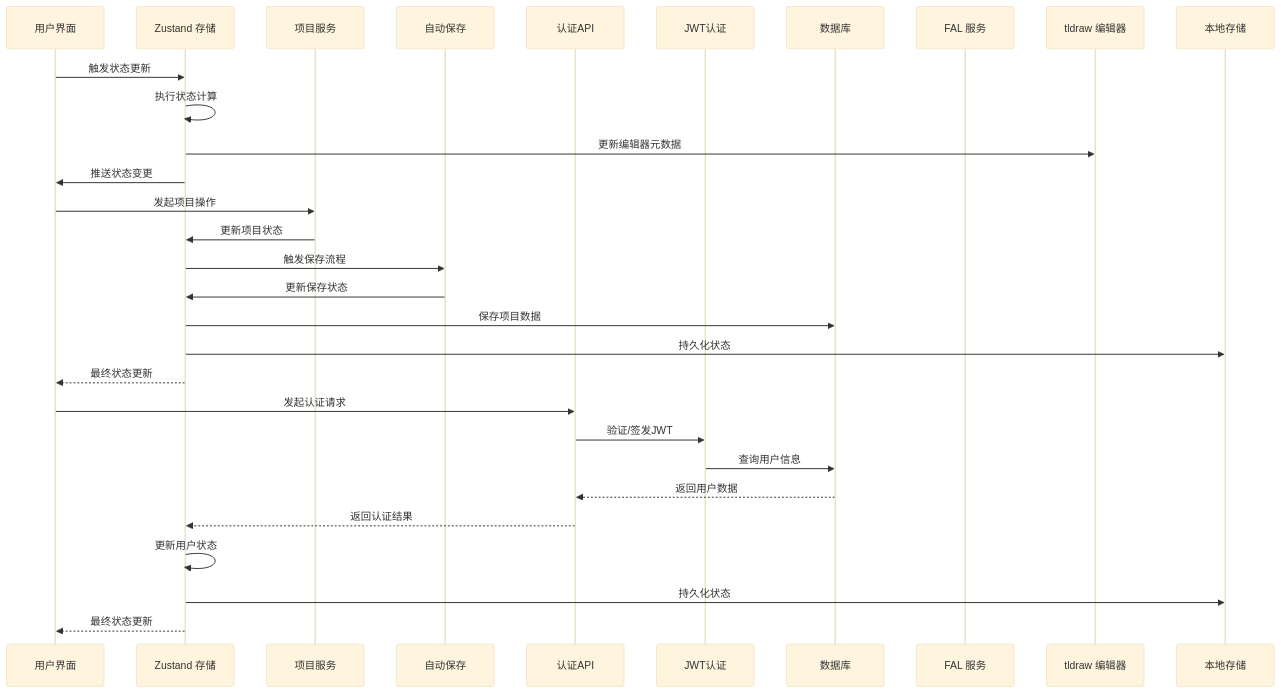
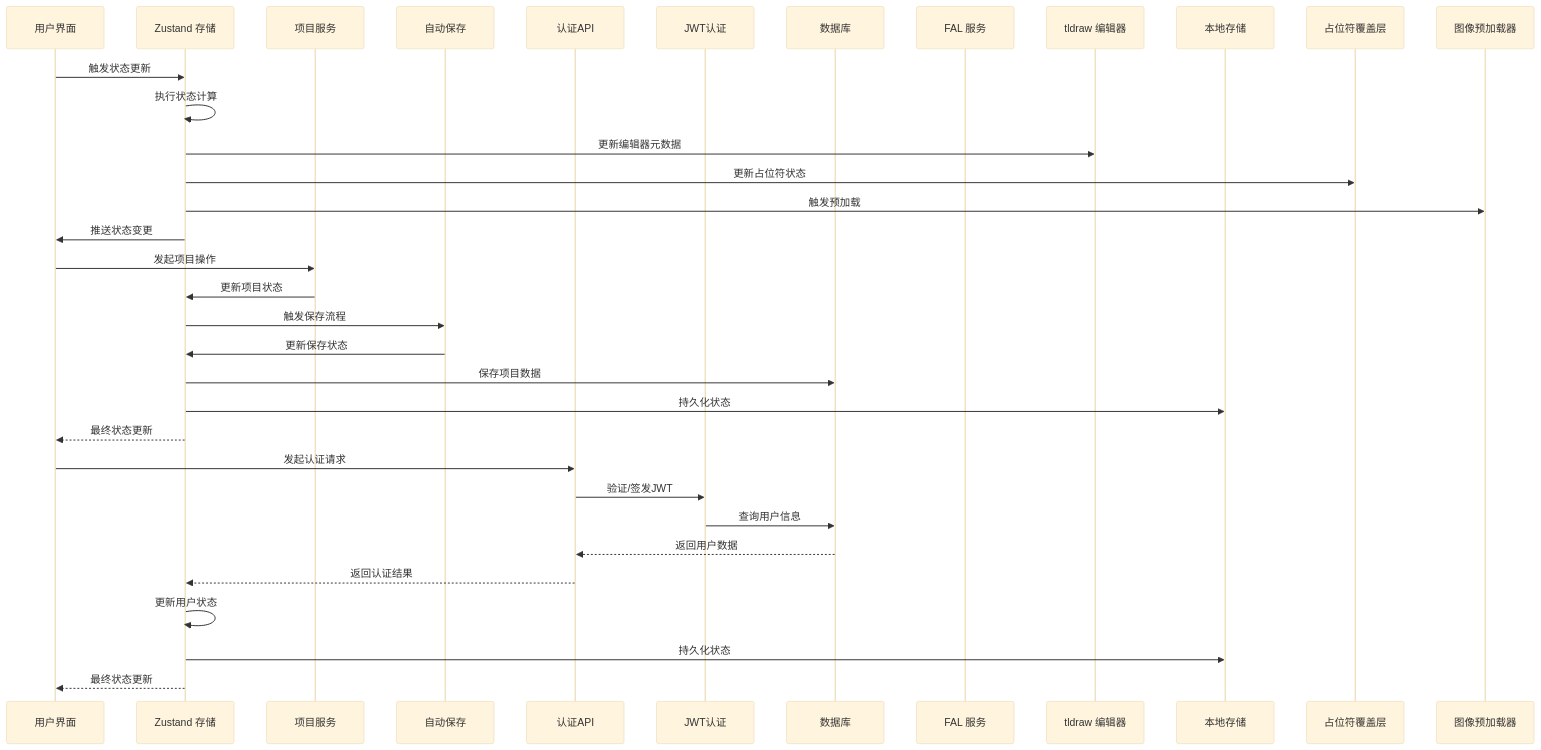
Before and after one commit to billye220670/BananaFlow2: the fourth of 18 diagrams in .qoder/repowiki/zh/content/状态管理系统.md, drawn with Mermaid (base theme). The commit also changed other lines of this file and 6 other files, not shown here.

````diff
--- a/.qoder/repowiki/zh/content/状态管理系统.md
+++ b/.qoder/repowiki/zh/content/状态管理系统.md
@@ -329,32 +335,36 @@
 ```mermaid
 sequenceDiagram
 participant UI as 用户界面
 participant Store as Zustand 存储
 participant ProjectService as 项目服务
 participant AutoSave as 自动保存
 participant AuthAPI as 认证API
 participant JWT as JWT认证
 participant Supabase as 数据库
 participant FAL as FAL 服务
 participant Tldraw as tldraw 编辑器
 participant LocalStorage as 本地存储
+participant PlaceholderOverlay as 占位符覆盖层
+participant ImagePreloader as 图像预加载器
 UI->>Store : 触发状态更新
 Store->>Store : 执行状态计算
 Store->>Tldraw : 更新编辑器元数据
+Store->>PlaceholderOverlay : 更新占位符状态
+Store->>ImagePreloader : 触发预加载
 Store->>UI : 推送状态变更
 UI->>ProjectService : 发起项目操作
 ProjectService->>Store : 更新项目状态
 Store->>AutoSave : 触发保存流程
 AutoSave->>Store : 更新保存状态
 Store->>Supabase : 保存项目数据
 Store->>LocalStorage : 持久化状态
 Store-->>UI : 最终状态更新
 UI->>AuthAPI : 发起认证请求
 AuthAPI->>JWT : 验证/签发JWT
 JWT->>Supabase : 查询用户信息
 Supabase-->>AuthAPI : 返回用户数据
 AuthAPI-->>Store : 返回认证结果
 Store->>Store : 更新用户状态
 Store->>LocalStorage : 持久化状态
 Store-->>UI : 最终状态更新
 ```
````
